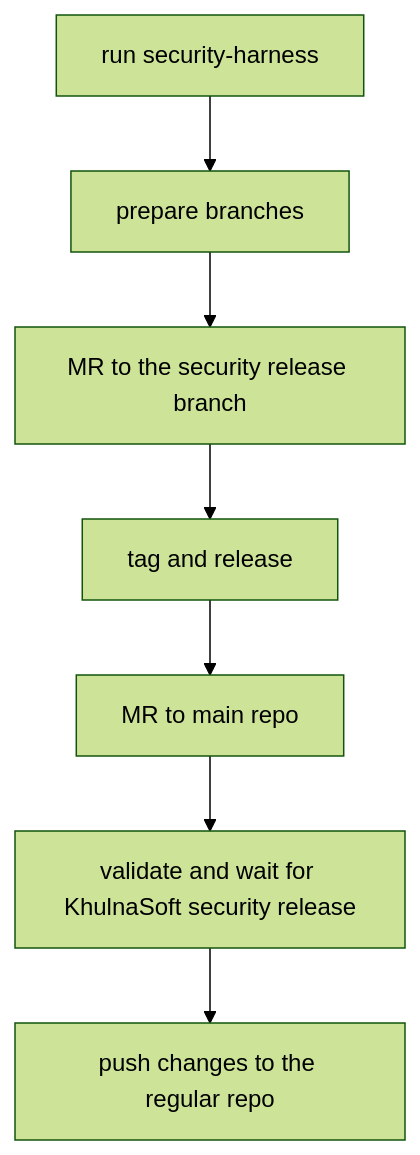
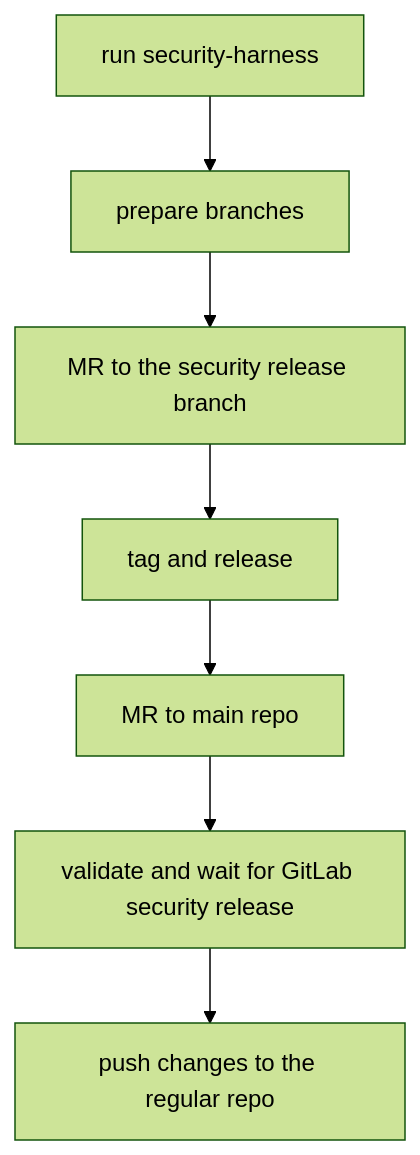
One commit to khulnasoft-bot/web-ide changed the diagram in docs/contributing/security-releases.md. Above: the diagram before and after it, drawn with Mermaid (forest theme). The commit also changed other lines of this file and 385 other files, not shown here.

````diff
--- a/docs/contributing/security-releases.md
+++ b/docs/contributing/security-releases.md
@@ -27,9 +27,9 @@
 ```mermaid
 graph TD;
 A[run security-harness] --> B[prepare branches]
 B --> C[MR to the security release branch]
 C --> D[tag and release]
 D --> E[MR to main repo]
-E --> F[validate and wait for KhulnaSoft security release]
+E --> F[validate and wait for GitLab security release]
 F --> G[push changes to the regular repo]
 ```
````
